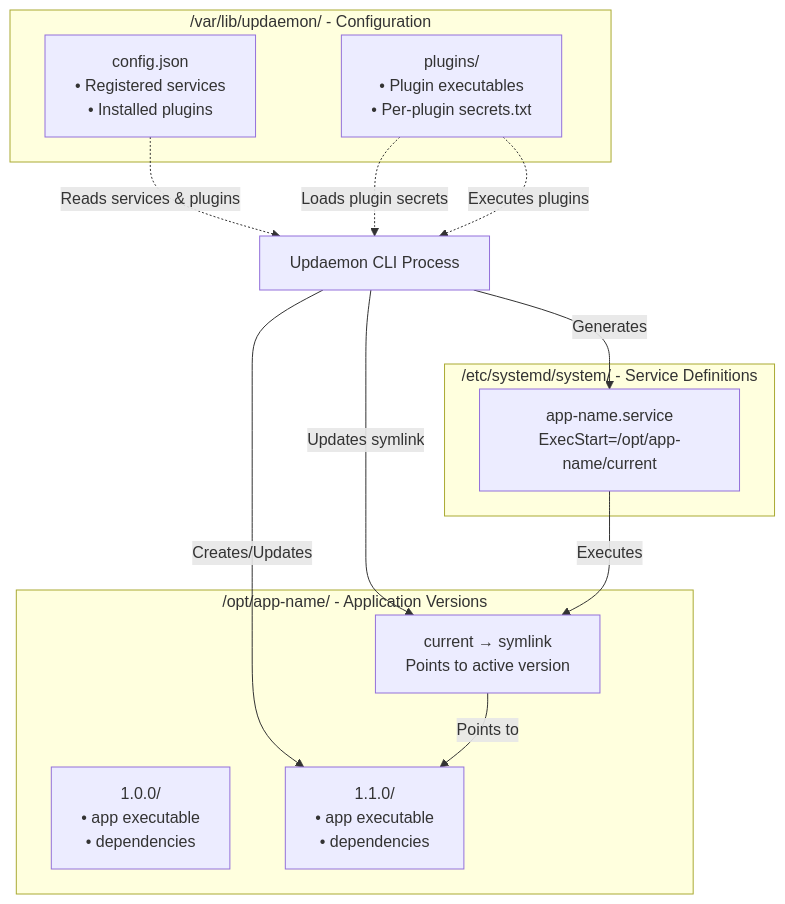
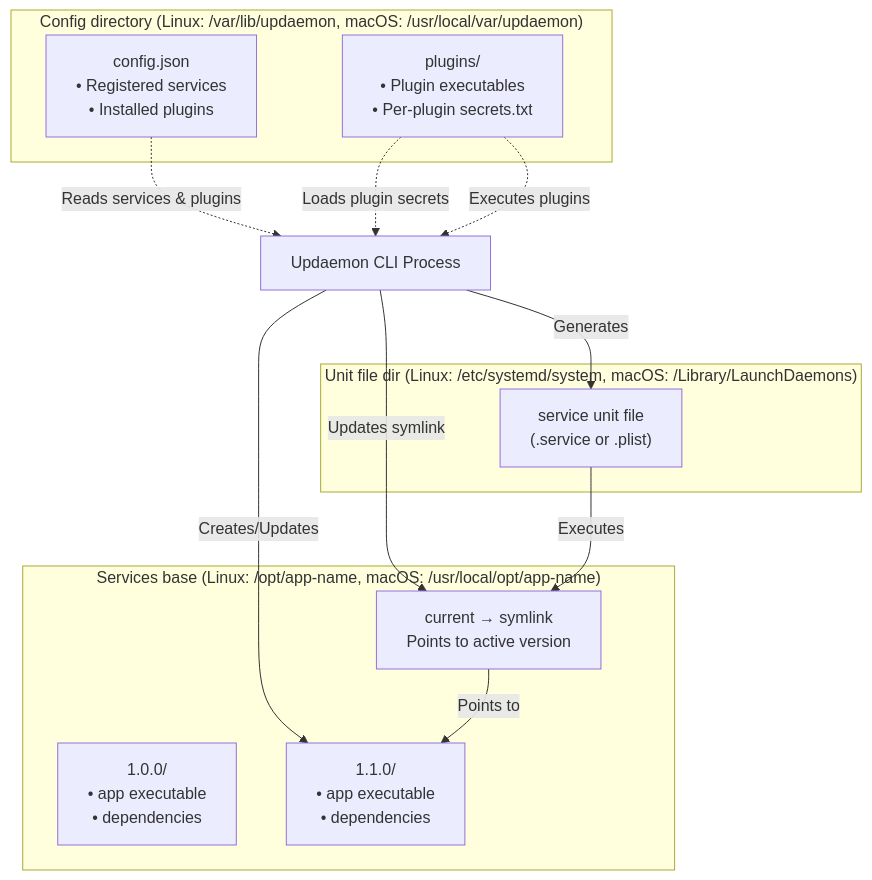
The fourth of 6 diagrams in README.md (AdamTovatt/updaemon), drawn with Mermaid before and after one commit. The commit also changed other lines of this file and 40 other files, not shown here.

````diff
--- a/README.md
+++ b/README.md
@@ -732,28 +807,28 @@
 ```mermaid
 graph TB
-    subgraph "/var/lib/updaemon/ - Configuration"
+    subgraph "Config directory (Linux: /var/lib/updaemon, macOS: /usr/local/var/updaemon)"
         ConfigJson["config.json<br/>• Registered services<br/>• Installed plugins"]
         PluginsDir["plugins/<br/>• Plugin executables<br/>• Per-plugin secrets.txt"]
     end
     
-    subgraph "/opt/app-name/ - Application Versions"
+    subgraph "Services base (Linux: /opt/app-name, macOS: /usr/local/opt/app-name)"
         V100["1.0.0/<br/>• app executable<br/>• dependencies"]
         V110["1.1.0/<br/>• app executable<br/>• dependencies"]
         Current["current → symlink<br/>Points to active version"]
     end
     
-    subgraph "/etc/systemd/system/ - Service Definitions"
-        UnitFile["app-name.service<br/>ExecStart=/opt/app-name/current"]
+    subgraph "Unit file dir (Linux: /etc/systemd/system, macOS: /Library/LaunchDaemons)"
+        UnitFile["service unit file<br/>(.service or .plist)"]
     end
     
     ConfigJson -.->|Reads services & plugins| Updaemon[Updaemon CLI Process]
     PluginsDir -.->|Loads plugin secrets| Updaemon
     PluginsDir -.->|Executes plugins| Updaemon
     
     Updaemon -->|Creates/Updates| V110
     Updaemon -->|Updates symlink| Current
     Updaemon -->|Generates| UnitFile
     
     UnitFile -->|Executes| Current
     Current -->|Points to| V110
 ```
````
